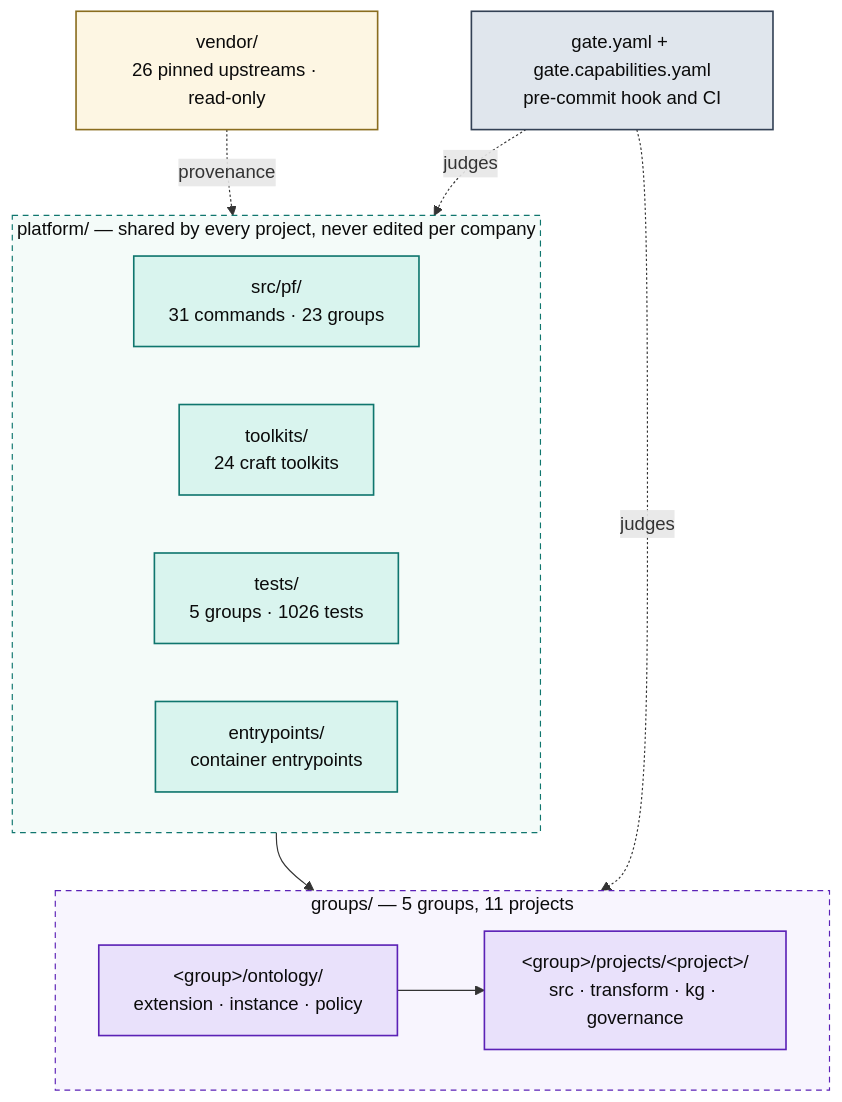
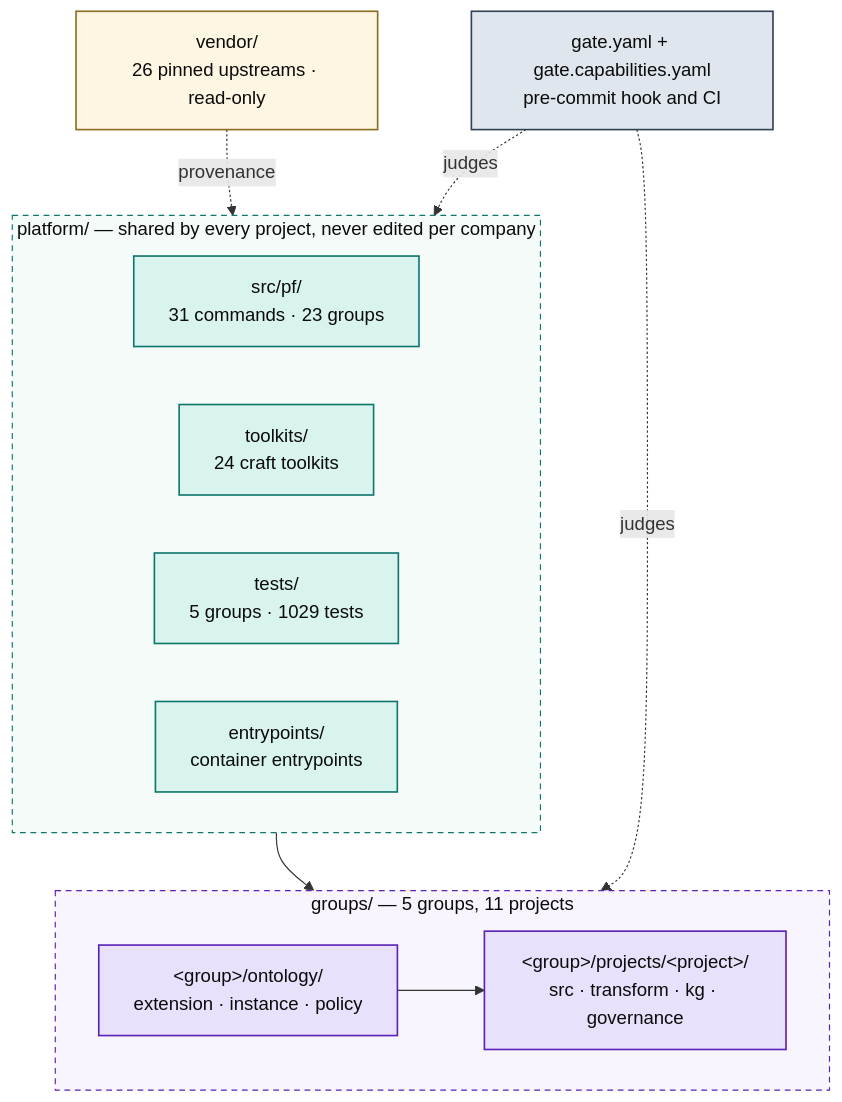
The first of 5 diagrams in docs/ARCHITECTURE.md (Atomz-org/data-platform), drawn with Mermaid before and after one commit. The commit also changed other lines of this file and 4 other files, not shown here.

````diff
--- a/docs/ARCHITECTURE.md
+++ b/docs/ARCHITECTURE.md
@@ -15,36 +15,36 @@
 ```mermaid
 flowchart TB
   subgraph SHARED["platform/ — shared by every project, never edited per company"]
     direction LR
     ENG["src/pf/<br/>31 commands · 23 groups"]
     TK["toolkits/<br/>24 craft toolkits"]
-    TST["tests/<br/>5 groups · 1026 tests"]
+    TST["tests/<br/>5 groups · 1029 tests"]
     ENT["entrypoints/<br/>container entrypoints"]
   end
 
   subgraph ENTITIES["groups/ — 5 groups, 11 projects"]
     direction LR
     GRP["&lt;group&gt;/ontology/<br/>extension · instance · policy"]
     PRJ["&lt;group&gt;/projects/&lt;project&gt;/<br/>src · transform · kg · governance"]
     GRP --> PRJ
   end
 
   VEN["vendor/<br/>26 pinned upstreams · read-only"]
   GATE["gate.yaml + gate.capabilities.yaml<br/>pre-commit hook and CI"]
 
   SHARED --> ENTITIES
   VEN -.provenance.-> SHARED
   GATE -.judges.-> ENTITIES
   GATE -.judges.-> SHARED
 
   classDef code fill:#d9f4ee,stroke:#0f766e,stroke-width:1.4px,color:#0b0b0b
   classDef data fill:#e9e1fb,stroke:#5b21b6,stroke-width:1.4px,color:#0b0b0b
   classDef gov fill:#e0e6ed,stroke:#334155,stroke-width:1.4px,color:#0b0b0b
   classDef ext fill:#fdf6e3,stroke:#8a6d1f,stroke-width:1.4px,color:#0b0b0b
   class ENG,TK,TST,ENT code
   class GRP,PRJ data
   class GATE gov
   class VEN ext
   style SHARED fill:#f4fbf9,stroke:#0f766e,stroke-dasharray:5 4,color:#0b0b0b
   style ENTITIES fill:#f8f5fe,stroke:#5b21b6,stroke-dasharray:5 4,color:#0b0b0b
 ```
````
